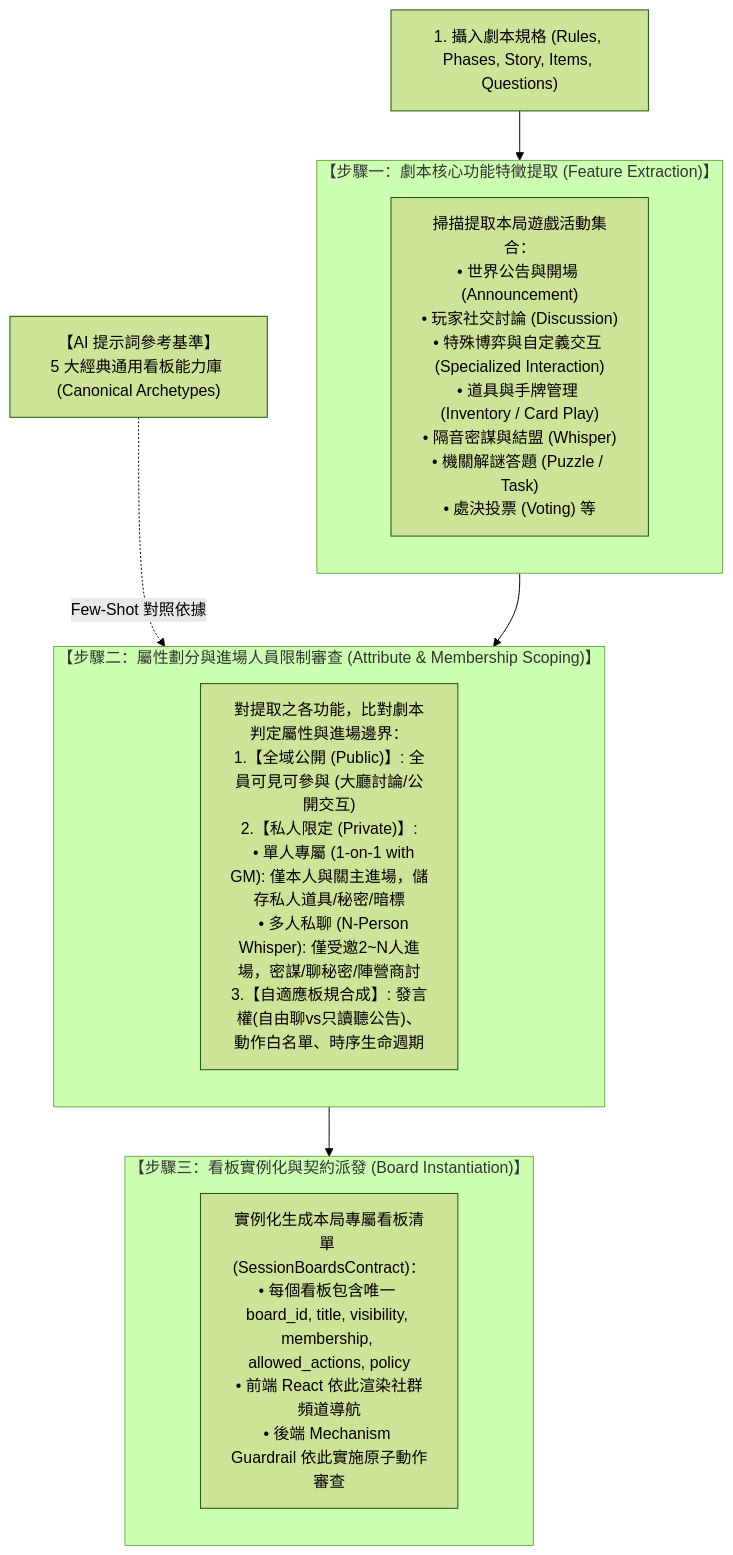
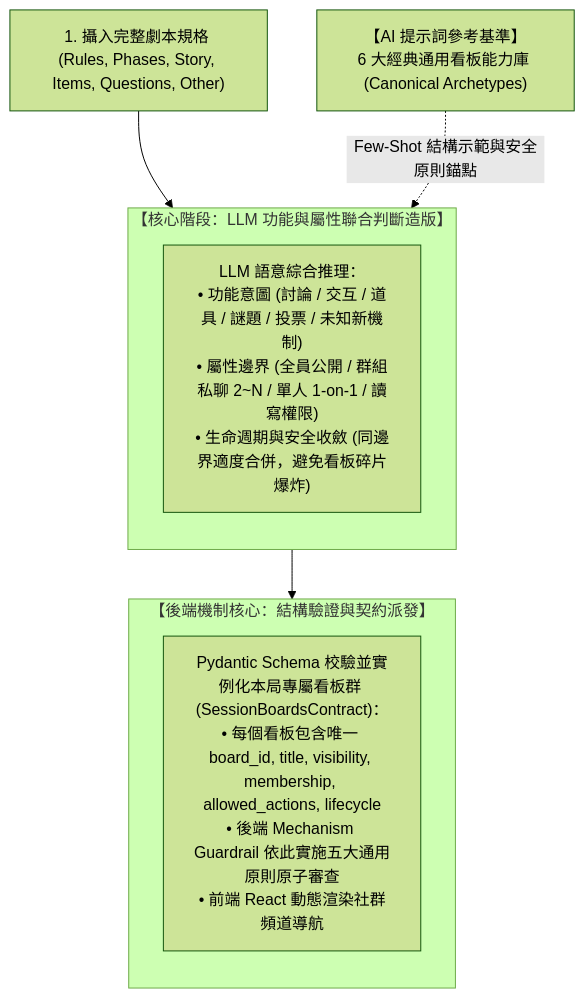
Before and after one commit to yin1120/MiroFish-1: the diagram in docs/FRD.md, drawn with Mermaid (forest theme). The commit also changed other lines of this file and 2 other files, not shown here.

````diff
--- a/docs/FRD.md
+++ b/docs/FRD.md
@@ -375,22 +438,17 @@
 ```mermaid
 flowchart TD
-    Ingest["1. 攝入劇本規格 (Rules, Phases, Story, Items, Questions)"] --> Step1
-    RefLib["【AI 提示詞參考基準】<br/>5 大經典通用看板能力庫 (Canonical Archetypes)"] -.->|"Few-Shot 對照依據"| Step2
+    Ingest["1. 攝入完整劇本規格 (Rules, Phases, Story, Items, Questions, Other)"] --> LLM_Synth
+    RefLib["【AI 提示詞參考基準】<br/>6 大經典通用看板能力庫 (Canonical Archetypes)"] -.->|"Few-Shot 結構示範與安全原則錨點"| LLM_Synth
     
-    subgraph Step1["【步驟一：劇本核心功能特徵提取 (Feature Extraction)】"]
+    subgraph LLM_Synth["【核心階段：LLM 功能與屬性聯合判斷造版】"]
         direction TB
-        ExtFunc["掃描提取本局遊戲活動集合：<br/>• 世界公告與開場 (Announcement)<br/>• 玩家社交討論 (Discussion)<br/>• 特殊博弈與自定義交互 (Specialized Interaction)<br/>• 道具與手牌管理 (Inventory / Card Play)<br/>• 隔音密謀與結盟 (Whisper)<br/>• 機關解謎答題 (Puzzle / Task)<br/>• 處決投票 (Voting) 等"]
+        JointReason["LLM 語意綜合推理：<br/>• 功能意圖 (討論 / 交互 / 道具 / 謎題 / 投票 / 未知新機制)<br/>• 屬性邊界 (全員公開 / 群組私聊 2~N / 單人 1-on-1 / 讀寫權限)<br/>• 生命週期與安全收斂 (同邊界適度合併，避免看板碎片爆炸)"]
     end
 
-    subgraph Step2["【步驟二：屬性劃分與進場人員限制審查 (Attribute & Membership Scoping)】"]
+    subgraph Guard_Val["【後端機制核心：結構驗證與契約派發】"]
         direction TB
-        ScopeCheck["對提取之各功能，比對劇本判定屬性與進場邊界：<br/>1.【全域公開 (Public)】: 全員可見可參與 (大廳討論/公開交互)<br/>2.【私人限定 (Private)】:<br/>   • 單人專屬 (1-on-1 with GM): 僅本人與關主進場，儲存私人道具/秘密/暗標<br/>   • 多人私聊 (N-Person Whisper): 僅受邀2~N人進場，密謀/聊秘密/陣營商討<br/>3.【自適應板規合成】: 發言權(自由聊vs只讀聽公告)、動作白名單、時序生命週期"]
+        Instantiate["Pydantic Schema 校驗並實例化本局專屬看板群 (SessionBoardsContract)：<br/>• 每個看板包含唯一 board_id, title, visibility, membership, allowed_actions, lifecycle<br/>• 後端 Mechanism Guardrail 依此實施五大通用原則原子審查<br/>• 前端 React 動態渲染社群頻道導航"]
     end
 
-    subgraph Step3["【步驟三：看板實例化與契約派發 (Board Instantiation)】"]
-        direction TB
-        Instantiate["實例化生成本局專屬看板清單 (SessionBoardsContract)：<br/>• 每個看板包含唯一 board_id, title, visibility, membership, allowed_actions, policy<br/>• 前端 React 依此渲染社群頻道導航<br/>• 後端 Mechanism Guardrail 依此實施原子動作審查"]
-    end
-
-    Step1 --> Step2 --> Step3
+    LLM_Synth --> Guard_Val
 ```
````
